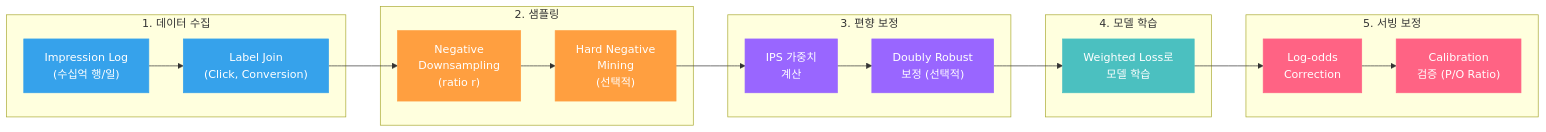
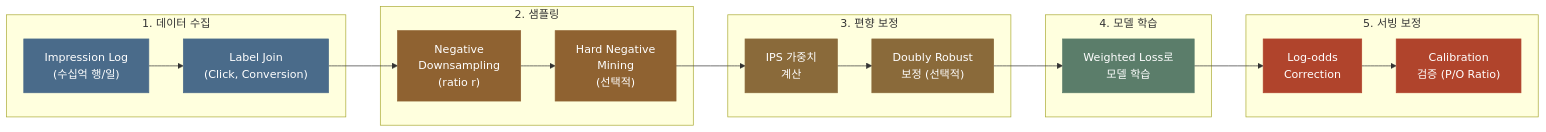
One commit to chkimsu/adtech-blog changed the second of 2 diagrams in posts/negative-sampling-bias.md. Above: the diagram before and after it, drawn with Mermaid. The commit also changed other lines of this file and 40 other files, not shown here.

````diff
--- a/posts/negative-sampling-bias.md
+++ b/posts/negative-sampling-bias.md
@@ -525,35 +525,35 @@
 ```mermaid
 graph LR
     subgraph Collection["1. 데이터 수집"]
         A["Impression Log<br/>(수십억 행/일)"] --> B["Label Join<br/>(Click, Conversion)"]
     end
     
     subgraph Sampling["2. 샘플링"]
         B --> C["Negative<br/>Downsampling<br/>(ratio r)"]
         C --> D["Hard Negative<br/>Mining<br/>(선택적)"]
     end
     
     subgraph Debiasing["3. 편향 보정"]
         D --> E["IPS 가중치<br/>계산"]
         E --> F["Doubly Robust<br/>보정 (선택적)"]
     end
     
     subgraph Training["4. 모델 학습"]
         F --> G["Weighted Loss로<br/>모델 학습"]
     end
     
     subgraph Serving["5. 서빙 보정"]
         G --> H["Log-odds<br/>Correction"]
         H --> I["Calibration<br/>검증 (P/O Ratio)"]
     end
 
-    style A fill:#36a2eb,stroke:#36a2eb,color:#fff
-    style B fill:#36a2eb,stroke:#36a2eb,color:#fff
-    style C fill:#ff9f40,stroke:#ff9f40,color:#fff
-    style D fill:#ff9f40,stroke:#ff9f40,color:#fff
-    style E fill:#9966ff,stroke:#9966ff,color:#fff
-    style F fill:#9966ff,stroke:#9966ff,color:#fff
-    style G fill:#4bc0c0,stroke:#4bc0c0,color:#fff
-    style H fill:#ff6384,stroke:#ff6384,color:#fff
-    style I fill:#ff6384,stroke:#ff6384,color:#fff
+    style A fill:#4a6b8a,stroke:#4a6b8a,color:#fff
+    style B fill:#4a6b8a,stroke:#4a6b8a,color:#fff
+    style C fill:#8f6231,stroke:#8f6231,color:#fff
+    style D fill:#8f6231,stroke:#8f6231,color:#fff
+    style E fill:#8a6a3a,stroke:#8a6a3a,color:#fff
+    style F fill:#8a6a3a,stroke:#8a6a3a,color:#fff
+    style G fill:#5b7d6a,stroke:#5b7d6a,color:#fff
+    style H fill:#b0442c,stroke:#b0442c,color:#fff
+    style I fill:#b0442c,stroke:#b0442c,color:#fff
 ```
````
